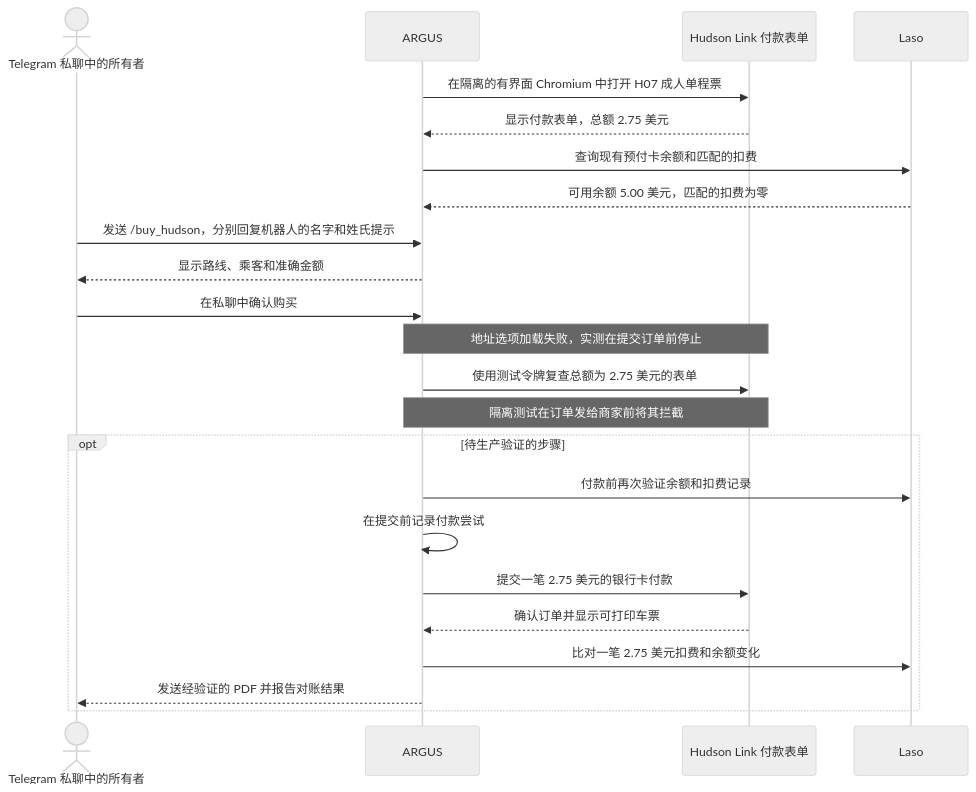
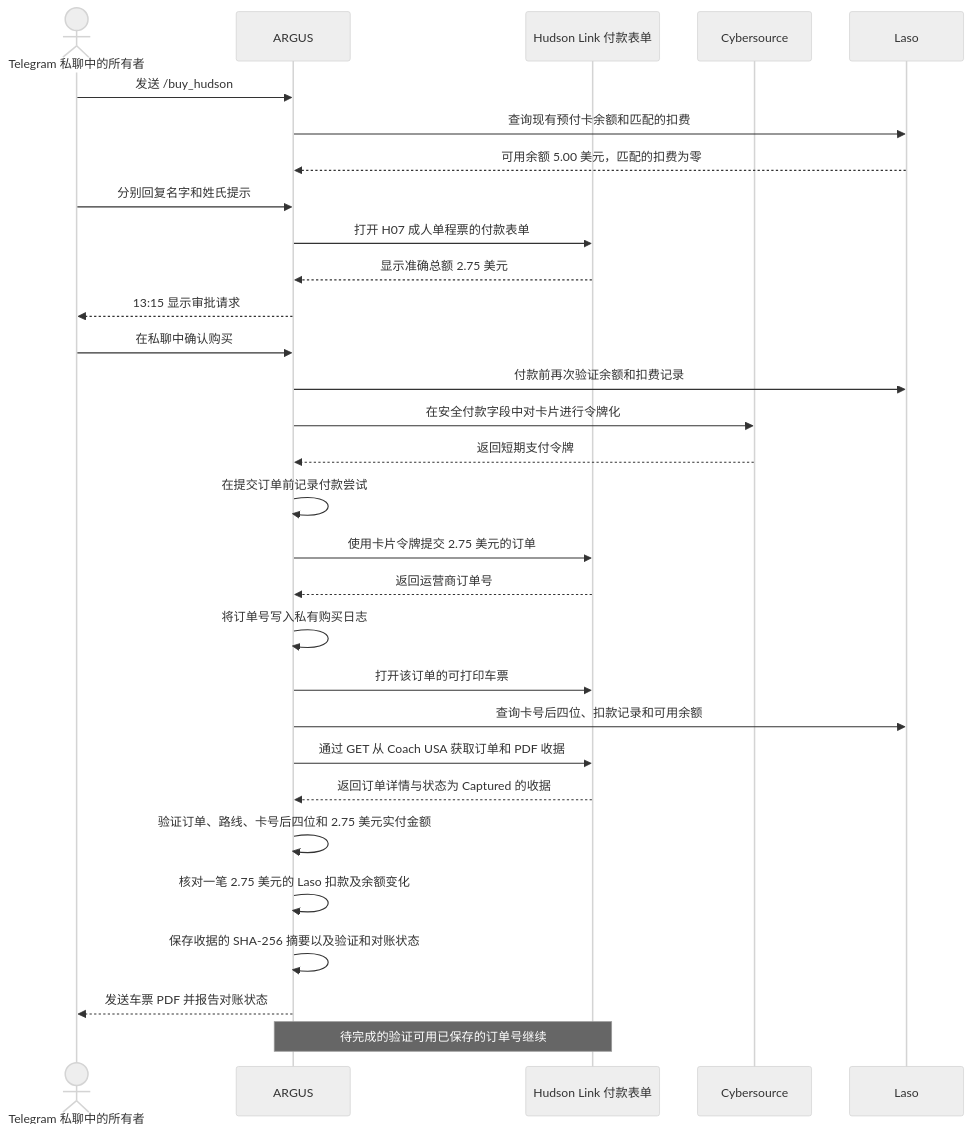
One commit to alexar76/argus changed the diagram in docs/use-case-hudson-link-zh.md. Above: the diagram before and after it, drawn with Mermaid (neutral theme). The commit also changed other lines of this file and 18 other files, not shown here.

````diff
--- a/docs/use-case-hudson-link-zh.md
+++ b/docs/use-case-hudson-link-zh.md
@@ -9,25 +11,32 @@
 ```mermaid
 sequenceDiagram
     actor O as Telegram 私聊中的所有者
     participant A as ARGUS
     participant H as Hudson Link 付款表单
+    participant C as Cybersource
     participant L as Laso
-    A->>H: 在隔离的有界面 Chromium 中打开 H07 成人单程票
-    H-->>A: 显示付款表单，总额 2.75 美元
+    O->>A: 发送 /buy_hudson
     A->>L: 查询现有预付卡余额和匹配的扣费
     L-->>A: 可用余额 5.00 美元，匹配的扣费为零
-    O->>A: 发送 /buy_hudson，分别回复机器人的名字和姓氏提示
-    A-->>O: 显示路线、乘客和准确金额
+    O->>A: 分别回复名字和姓氏提示
+    A->>H: 打开 H07 成人单程票的付款表单
+    H-->>A: 显示准确总额 2.75 美元
+    A-->>O: 13:15 显示审批请求
     O->>A: 在私聊中确认购买
-    Note over A,H: 地址选项加载失败，实测在提交订单前停止
-    A->>H: 使用测试令牌复查总额为 2.75 美元的表单
-    Note over A,H: 隔离测试在订单发给商家前将其拦截
-    opt 待生产验证的步骤
-        A->>L: 付款前再次验证余额和扣费记录
-        A->>A: 在提交前记录付款尝试
-        A->>H: 提交一笔 2.75 美元的银行卡付款
-        H-->>A: 确认订单并显示可打印车票
-        A->>L: 比对一笔 2.75 美元扣费和余额变化
-        A-->>O: 发送经验证的 PDF 并报告对账结果
-    end
+    A->>L: 付款前再次验证余额和扣费记录
+    A->>C: 在安全付款字段中对卡片进行令牌化
+    C-->>A: 返回短期支付令牌
+    A->>A: 在提交订单前记录付款尝试
+    A->>H: 使用卡片令牌提交 2.75 美元的订单
+    H-->>A: 返回运营商订单号
+    A->>A: 将订单号写入私有购买日志
+    A->>H: 打开该订单的可打印车票
+    A->>L: 查询卡号后四位、扣款记录和可用余额
+    A->>H: 通过 GET 从 Coach USA 获取订单和 PDF 收据
+    H-->>A: 返回订单详情与状态为 Captured 的收据
+    A->>A: 验证订单、路线、卡号后四位和 2.75 美元实付金额
+    A->>A: 核对一笔 2.75 美元的 Laso 扣款及余额变化
+    A->>A: 保存收据的 SHA-256 摘要以及验证和对账状态
+    A-->>O: 发送车票 PDF 并报告对账状态
+    Note over A,H: 待完成的验证可用已保存的订单号继续
 ```
````
